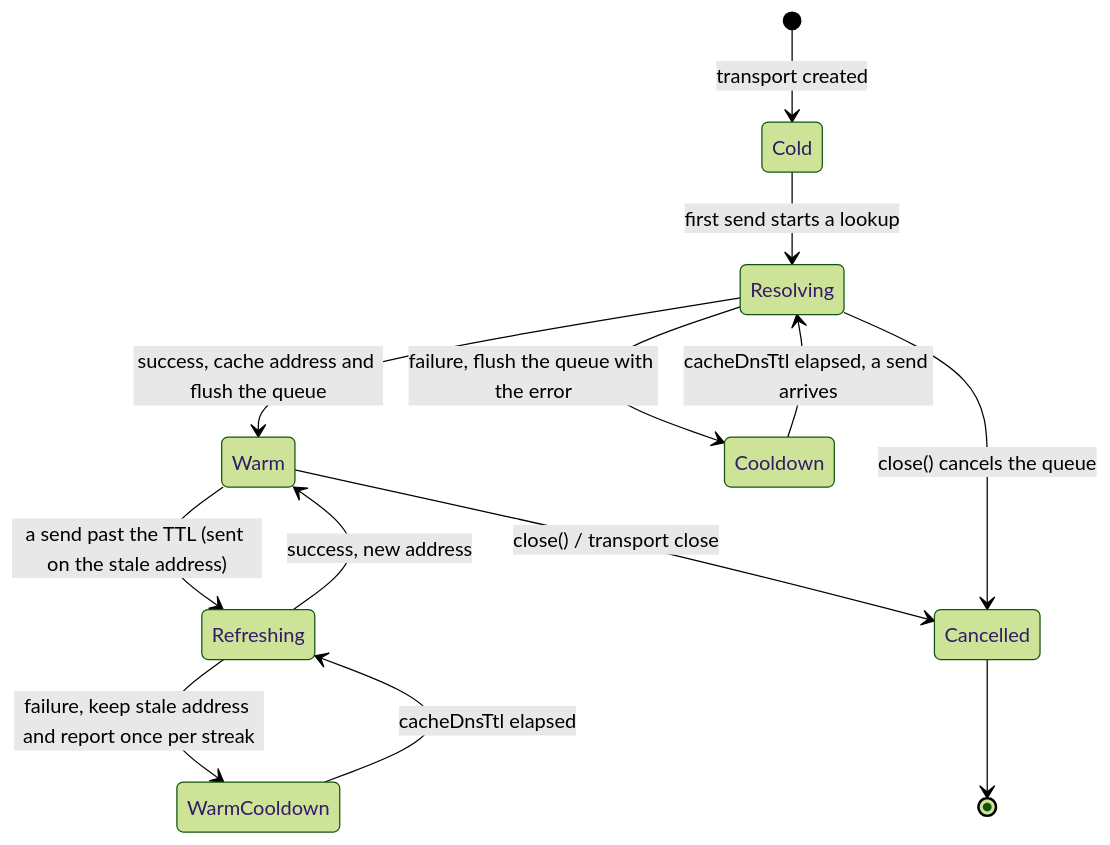
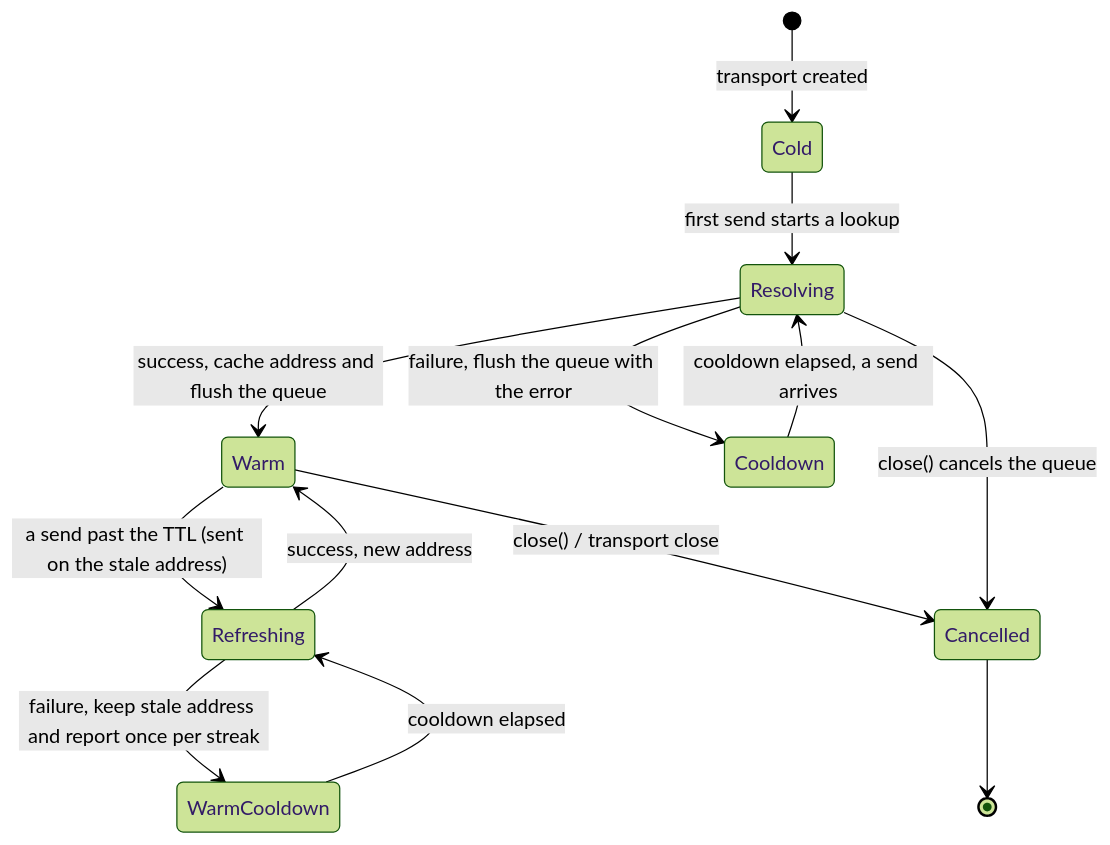
The fourth of 8 diagrams in NETWORKING.md (bdeitte/hot-shots), drawn with Mermaid (forest theme) before and after one commit. The commit also changed other lines of this file and 13 other files, not shown here.

````diff
--- a/NETWORKING.md
+++ b/NETWORKING.md
@@ -164,15 +180,15 @@
 ```mermaid
 stateDiagram-v2
     [*] --> Cold: transport created
     Cold --> Resolving: first send starts a lookup
     Resolving --> Warm: success, cache address and flush the queue
     Resolving --> Cooldown: failure, flush the queue with the error
-    Cooldown --> Resolving: cacheDnsTtl elapsed, a send arrives
+    Cooldown --> Resolving: cooldown elapsed, a send arrives
     Warm --> Refreshing: a send past the TTL (sent on the stale address)
     Refreshing --> Warm: success, new address
     Refreshing --> WarmCooldown: failure, keep stale address and report once per streak
-    WarmCooldown --> Refreshing: cacheDnsTtl elapsed
+    WarmCooldown --> Refreshing: cooldown elapsed
     Warm --> Cancelled: close() / transport close
     Resolving --> Cancelled: close() cancels the queue
     Cancelled --> [*]
 ```
````
